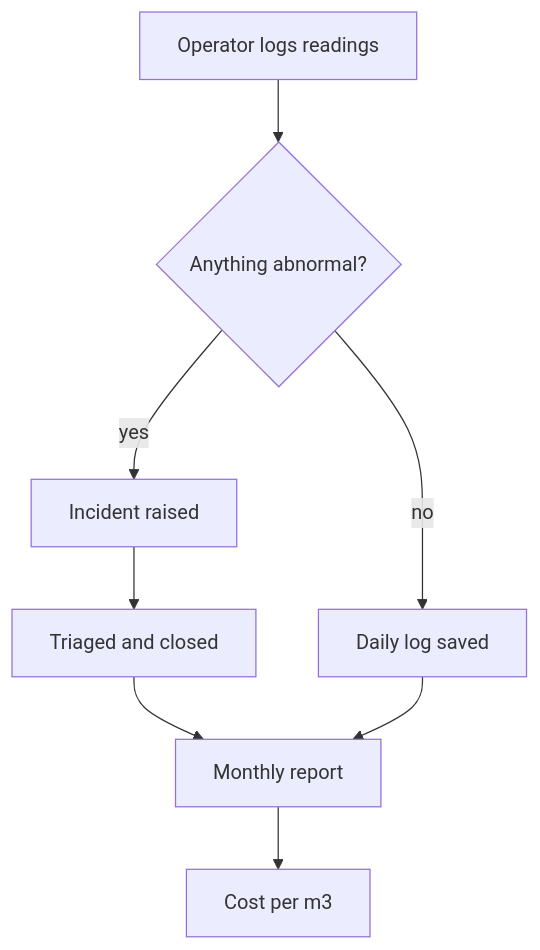
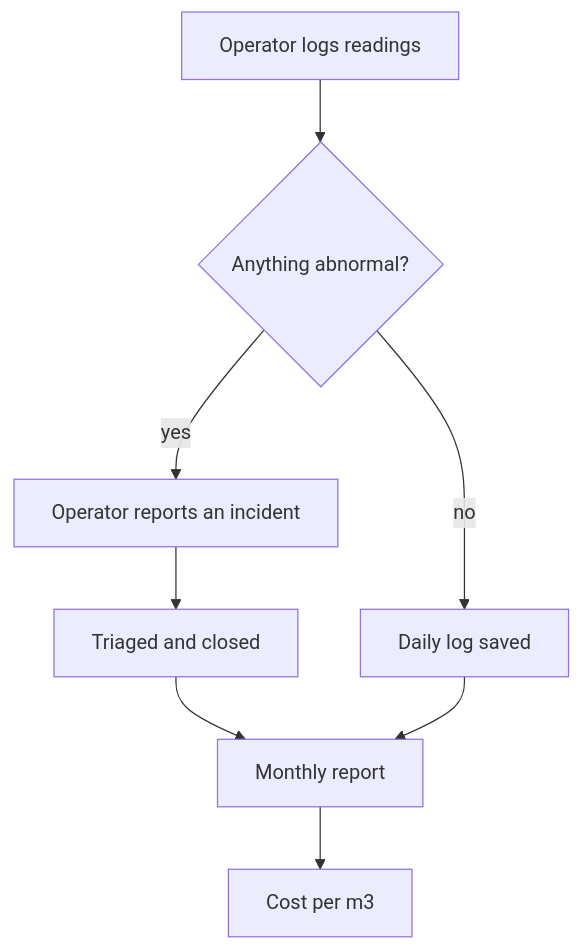
The diagram in README.md (Mohanad1st/dr-water-os-showcase), drawn with Mermaid before and after one commit. The commit also changed other lines of this file, not shown here.

````diff
--- a/README.md
+++ b/README.md
@@ -28,12 +26,12 @@
 ```mermaid
 flowchart TD
   accTitle: A day of plant operations in Dr. Water OS
-  accDescr: Operators log readings, anything abnormal becomes an incident that is triaged and closed, readings and incidents roll up into monthly reports and cost per cubic metre, and each company sees only its own plants.
+  accDescr: Operators log readings and report anything abnormal as an incident, incidents are triaged and closed, and readings and incidents roll up into monthly reports and cost per cubic metre.
   A[Operator logs readings] --> B{Anything abnormal?}
-  B -- yes --> C[Incident raised]
+  B -- yes --> C[Operator reports an incident]
   C --> D[Triaged and closed]
   B -- no --> E[Daily log saved]
   D --> F[Monthly report]
   E --> F
   F --> G[Cost per m3]
 ```
````
